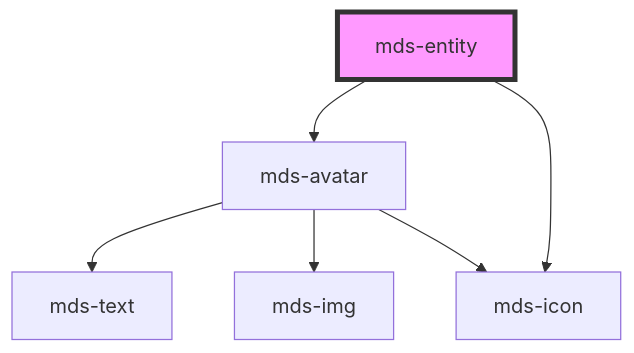
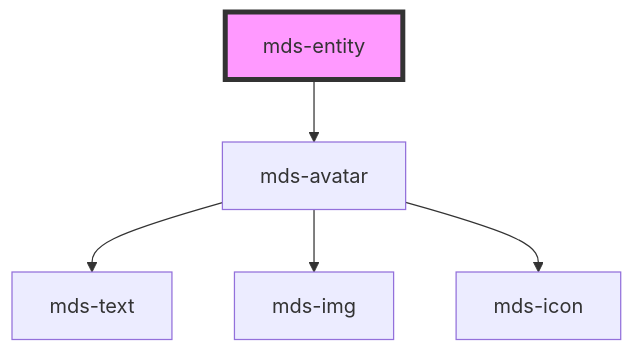
One commit to magma-design-system/magma changed the diagram in projects/stencil/src/components/mds-entity/readme.md. Above: the diagram before and after it, drawn with Mermaid. The commit also changed other lines of this file and 4 other files, not shown here.

Commit message:
feat(mds-entity): add mds-icon as preview and color variants

````diff
--- a/projects/stencil/src/components/mds-entity/readme.md
+++ b/projects/stencil/src/components/mds-entity/readme.md
@@ -48,9 +49,8 @@
 ```mermaid
 graph TD;
   mds-entity --> mds-avatar
-  mds-entity --> mds-icon
   mds-avatar --> mds-text
   mds-avatar --> mds-img
   mds-avatar --> mds-icon
   style mds-entity fill:#f9f,stroke:#333,stroke-width:4px
 ```
````
